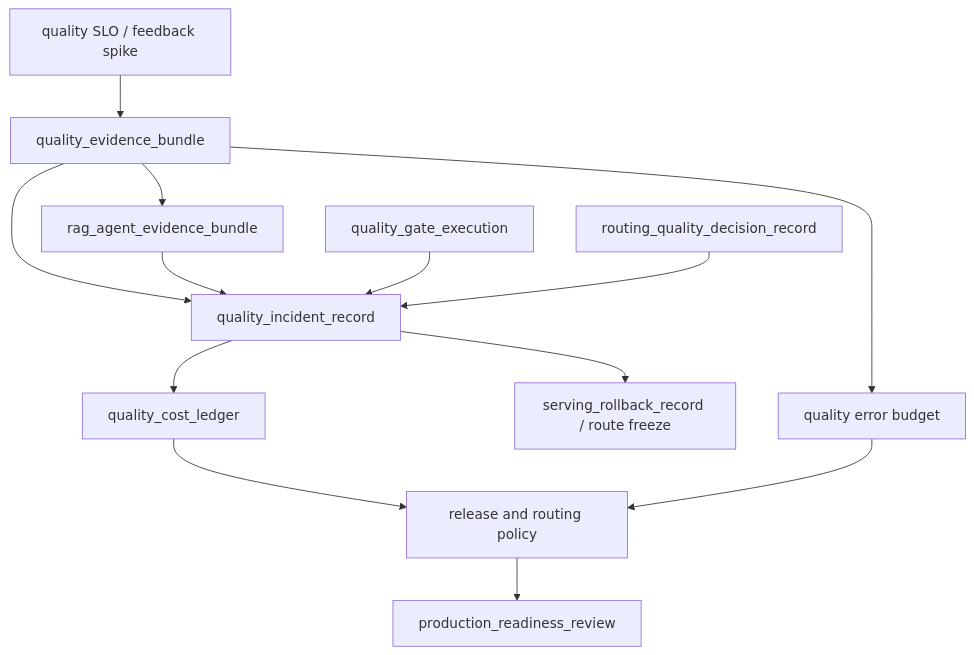
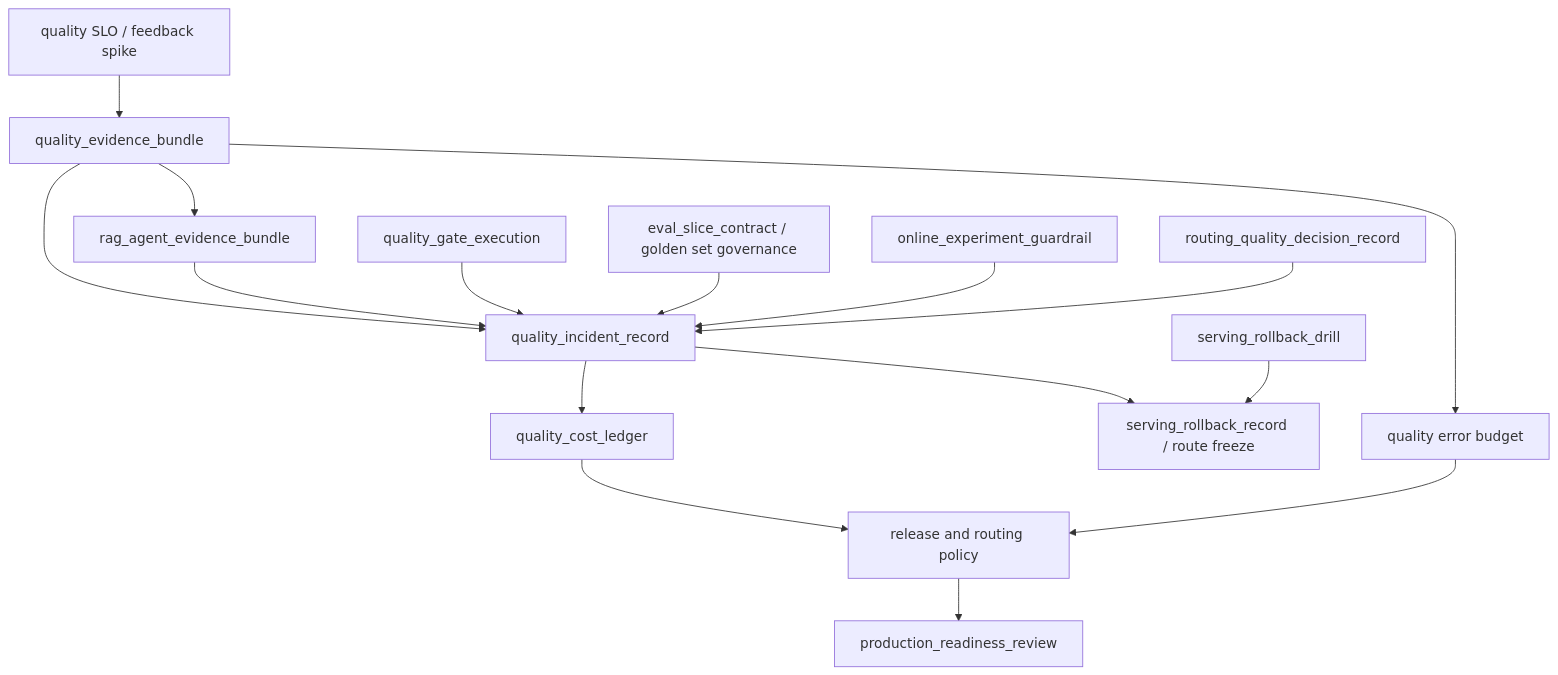
Before and after one commit to ikingye/ai-factory-engineering: the fifth of 5 diagrams in docs/part-09-reliability-observability/chapter-40-sre-operations.md, drawn with Mermaid. The commit also changed other lines of this file and 7 other files, not shown here.

````diff
--- a/docs/part-09-reliability-observability/chapter-40-sre-operations.md
+++ b/docs/part-09-reliability-observability/chapter-40-sre-operations.md
@@ -535,15 +551,18 @@
 ```mermaid
 flowchart TB
   QAlert["quality SLO / feedback spike"] --> QEvidence["quality_evidence_bundle"]
   QEvidence --> RAEB["rag_agent_evidence_bundle"]
   QEvidence --> QIncident["quality_incident_record"]
   QEvidence --> QBudget["quality error budget"]
   RAEB --> QIncident
   Gate["quality_gate_execution"] --> QIncident
+  Slice["eval_slice_contract / golden set governance"] --> QIncident
+  Guardrail["online_experiment_guardrail"] --> QIncident
   Route["routing_quality_decision_record"] --> QIncident
   QIncident --> Rollback["serving_rollback_record / route freeze"]
+  Drill["serving_rollback_drill"] --> Rollback
   QIncident --> Cost["quality_cost_ledger"]
   Cost --> Policy["release and routing policy"]
   QBudget --> Policy
   Policy --> PRR["production_readiness_review"]
 ```
````
